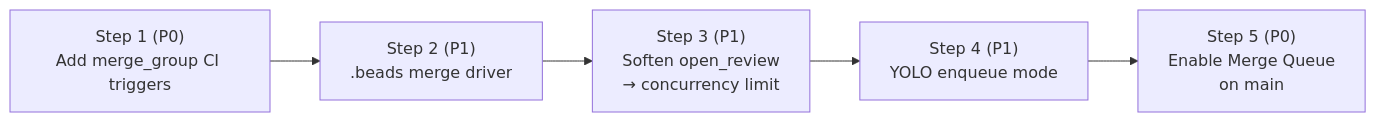
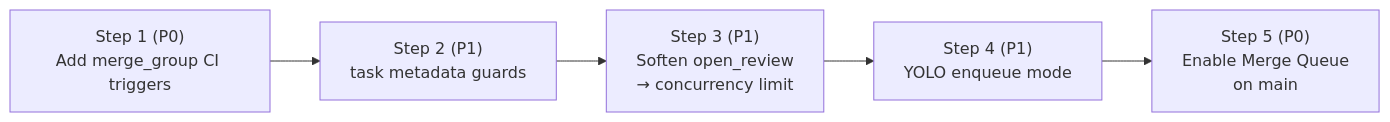
Before and after one commit to lesserevil/oompah: the diagram in plans/submit-queue.md, drawn with Mermaid. The commit also changed other lines of this file and 822 other files, not shown here.

````diff
--- a/plans/submit-queue.md
+++ b/plans/submit-queue.md
@@ -90,7 +90,7 @@
 ```mermaid
 flowchart LR
-    S1["Step 1 (P0)<br/>Add merge_group CI triggers"] --> S2["Step 2 (P1)<br/>.beads merge driver"]
+    S1["Step 1 (P0)<br/>Add merge_group CI triggers"] --> S2["Step 2 (P1)<br/>task metadata guards"]
     S2 --> S3["Step 3 (P1)<br/>Soften open_review<br/>→ concurrency limit"]
     S3 --> S4["Step 4 (P1)<br/>YOLO enqueue mode"]
     S4 --> S5["Step 5 (P0)<br/>Enable Merge Queue<br/>on main"]
 ```
````
